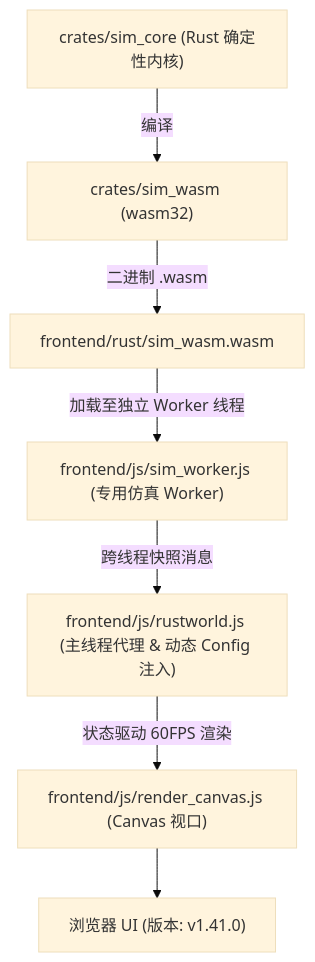
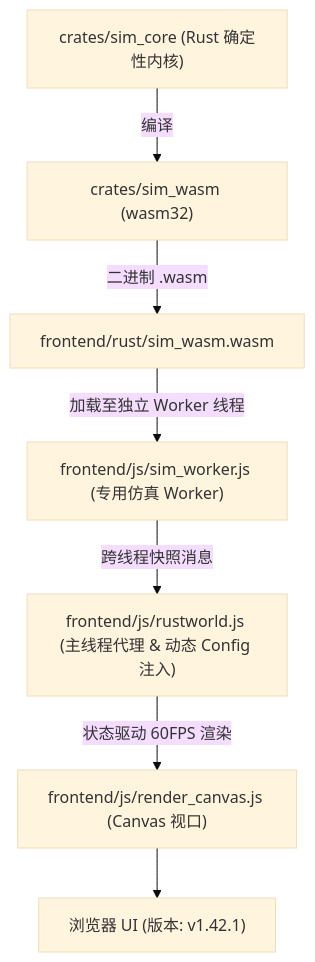
Before and after one commit to g39088902/FlowAndAccord: the diagram in AGENTS.md, drawn with Mermaid (base theme). The commit also changed other lines of this file and 10 other files, not shown here.

````diff
--- a/AGENTS.md
+++ b/AGENTS.md
@@ -53,9 +53,9 @@
 ```mermaid
 graph TD
     A["crates/sim_core (Rust 确定性内核)"] -->|编译| B["crates/sim_wasm (wasm32)"]
     B -->|二进制 .wasm| C["frontend/rust/sim_wasm.wasm"]
     C -->|加载至独立 Worker 线程| D["frontend/js/sim_worker.js (专用仿真 Worker)"]
     D -->|跨线程快照消息| E["frontend/js/rustworld.js (主线程代理 & 动态 Config 注入)"]
     E -->|状态驱动 60FPS 渲染| F["frontend/js/render_canvas.js (Canvas 视口)"]
-    F --> G["浏览器 UI (版本: v1.41.0)"]
+    F --> G["浏览器 UI (版本: v1.42.1)"]
 ```
````
